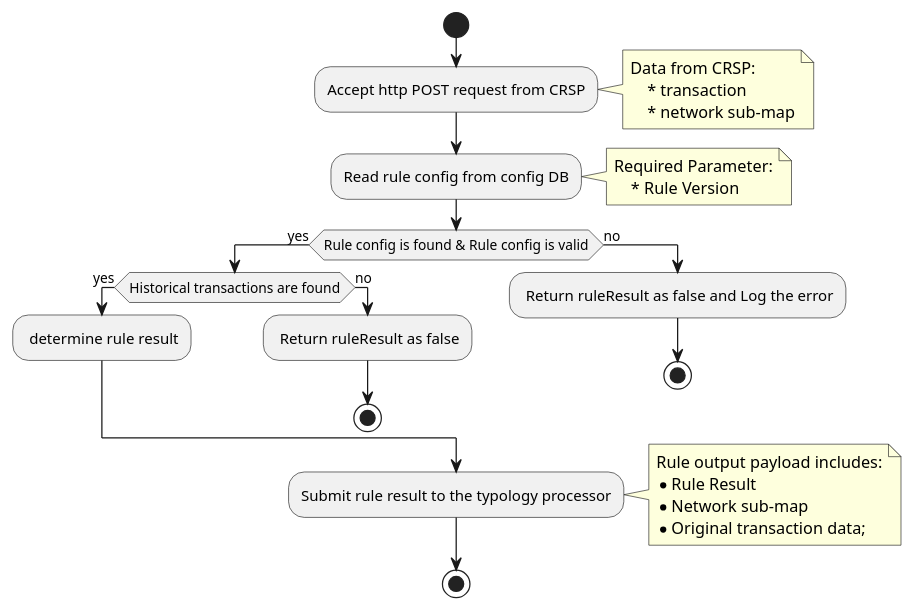
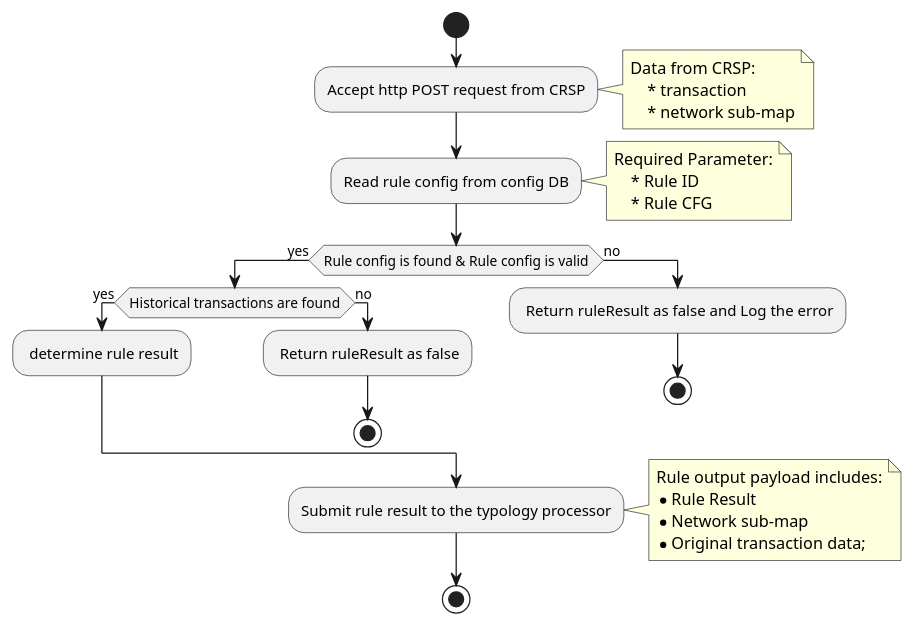
The diagram in services/rule016.plantuml (frmscoe/uml-diagrams), drawn with PlantUML before and after one commit. The commit also changed 15 other files, not shown here.

Commit message:
update rule uml diagrams

```diff
--- a/services/rule016.plantuml
+++ b/services/rule016.plantuml
@@ -1,33 +1,34 @@
 @startuml rule016
 start
 :Accept http POST request from CRSP;
     note right
         Data from CRSP:
             * transaction
             * network sub-map
     end note
 :Read rule config from config DB;
     note right
         Required Parameter:
-            * Rule Version
+            * Rule ID
+            * Rule CFG
     end note
 if (Rule config is found & Rule config is valid) then (yes)
   if (Historical transactions are found) then (yes)
    : determine rule result;
   else (no)
    : Return ruleResult as false;
    stop
   endif
 else (no)
   : Return ruleResult as false and Log the error;
   stop
 endif
 :Submit rule result to the typology processor;
 note right
     Rule output payload includes:
     * Rule Result
     * Network sub-map
     * Original transaction data;
 end note
 stop
 @enduml
```
